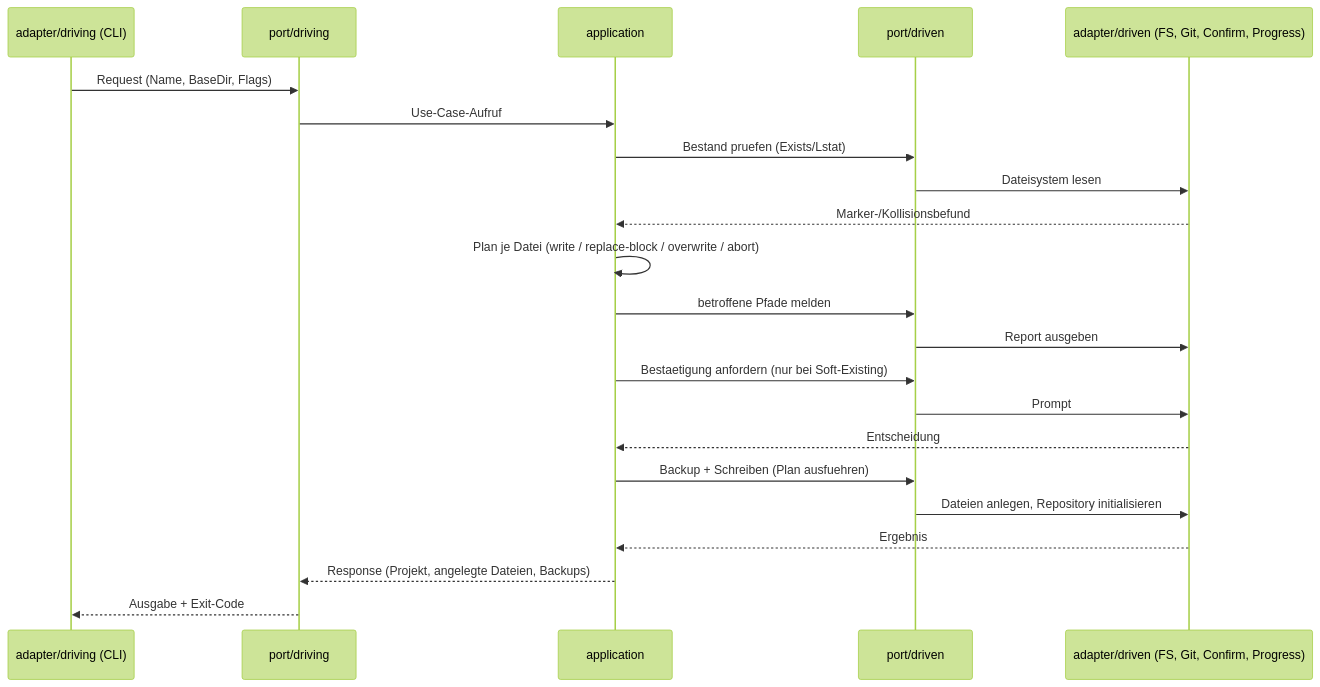
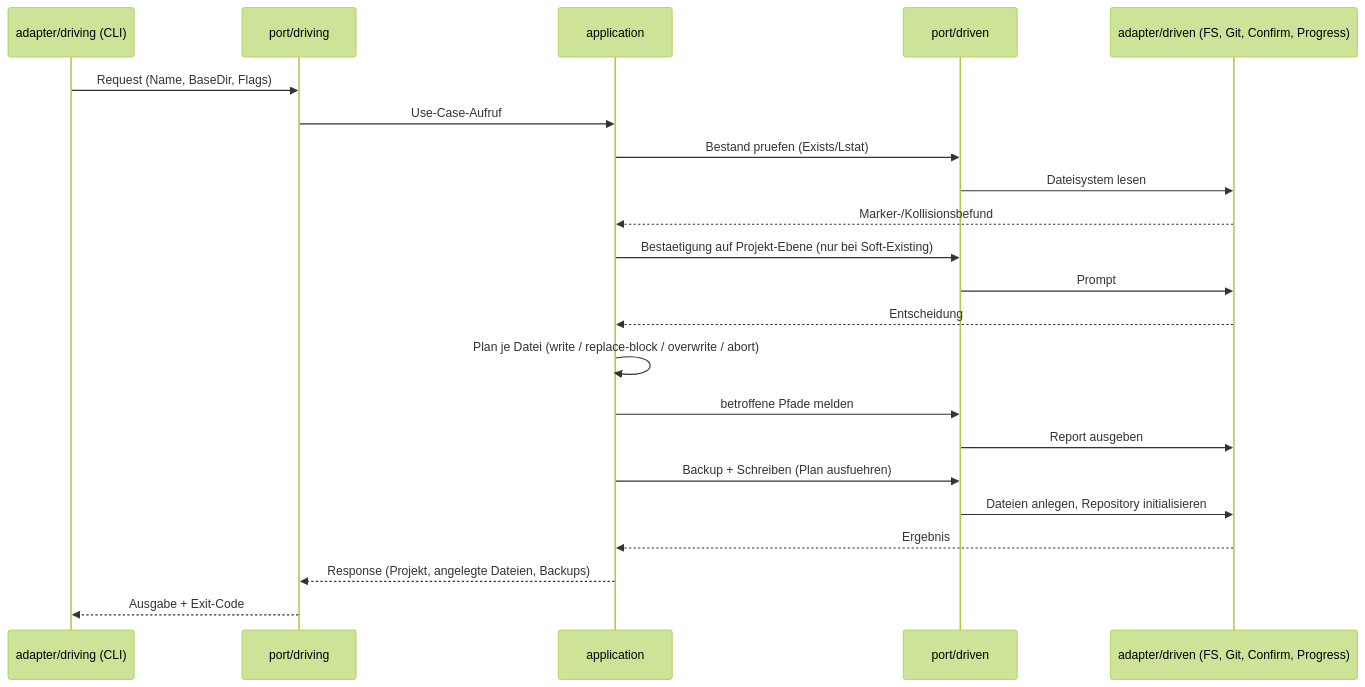
The first of 3 diagrams in spec/architecture.md (pt9912/u-boot), drawn with Mermaid (forest theme) before and after one commit. The commit also changed other lines of this file and 7 other files, not shown here.

````diff
--- a/spec/architecture.md
+++ b/spec/architecture.md
@@ -317,25 +323,25 @@
 ```mermaid
 sequenceDiagram
     participant CLI as adapter/driving (CLI)
     participant PD as port/driving
     participant App as application
     participant PN as port/driven
     participant Ad as adapter/driven (FS, Git, Confirm, Progress)
 
     CLI->>PD: Request (Name, BaseDir, Flags)
     PD->>App: Use-Case-Aufruf
     App->>PN: Bestand pruefen (Exists/Lstat)
     PN->>Ad: Dateisystem lesen
     Ad-->>App: Marker-/Kollisionsbefund
+    App->>PN: Bestaetigung auf Projekt-Ebene (nur bei Soft-Existing)
+    PN->>Ad: Prompt
+    Ad-->>App: Entscheidung
     App->>App: Plan je Datei (write / replace-block / overwrite / abort)
     App->>PN: betroffene Pfade melden
     PN->>Ad: Report ausgeben
-    App->>PN: Bestaetigung anfordern (nur bei Soft-Existing)
-    PN->>Ad: Prompt
-    Ad-->>App: Entscheidung
     App->>PN: Backup + Schreiben (Plan ausfuehren)
     PN->>Ad: Dateien anlegen, Repository initialisieren
     Ad-->>App: Ergebnis
     App-->>PD: Response (Projekt, angelegte Dateien, Backups)
     PD-->>CLI: Ausgabe + Exit-Code
 ```
````
